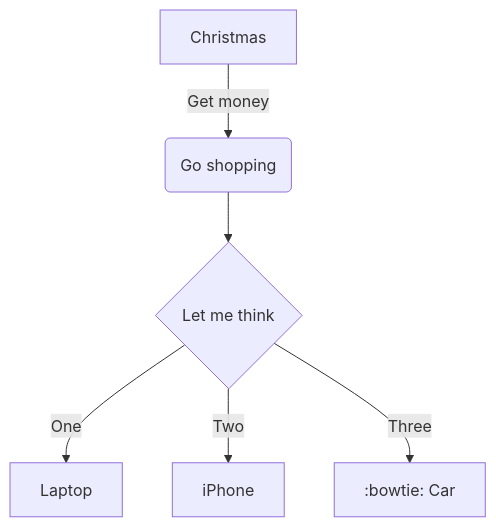
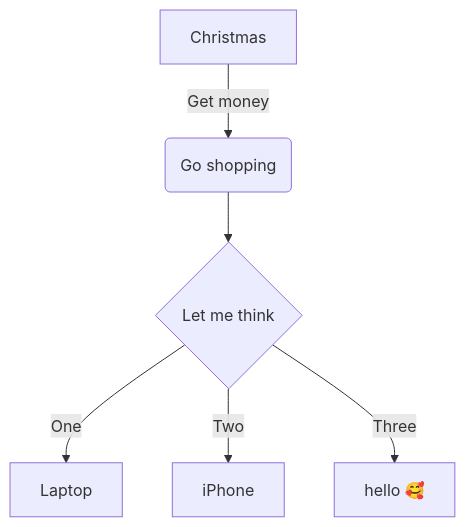
One commit to zqmillet/crazy-thursday changed the diagram in README.md. Above: the diagram before and after it, drawn with Mermaid.

Commit message:
[Debug] debug.

````diff
--- a/README.md
+++ b/README.md
@@ -38,8 +38,8 @@
 ```mermaid
 graph TD
     A[Christmas] -->|Get money| B(Go shopping)
     B --> C{Let me think}
     C -->|One| D[Laptop]
     C -->|Two| E[iPhone]
-    C -->|Three| F[:bowtie: Car]
+    C -->|Three| F["hello 🥰"]
 ```
````
